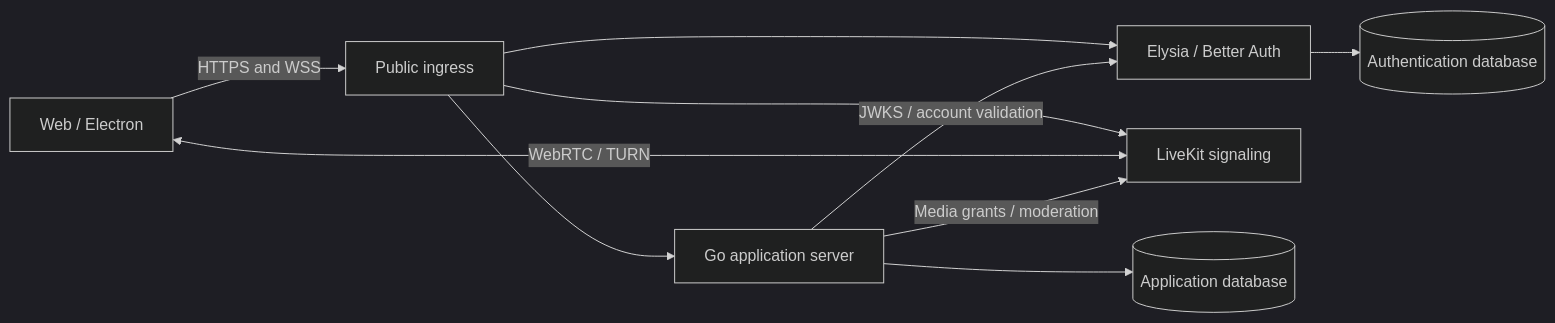
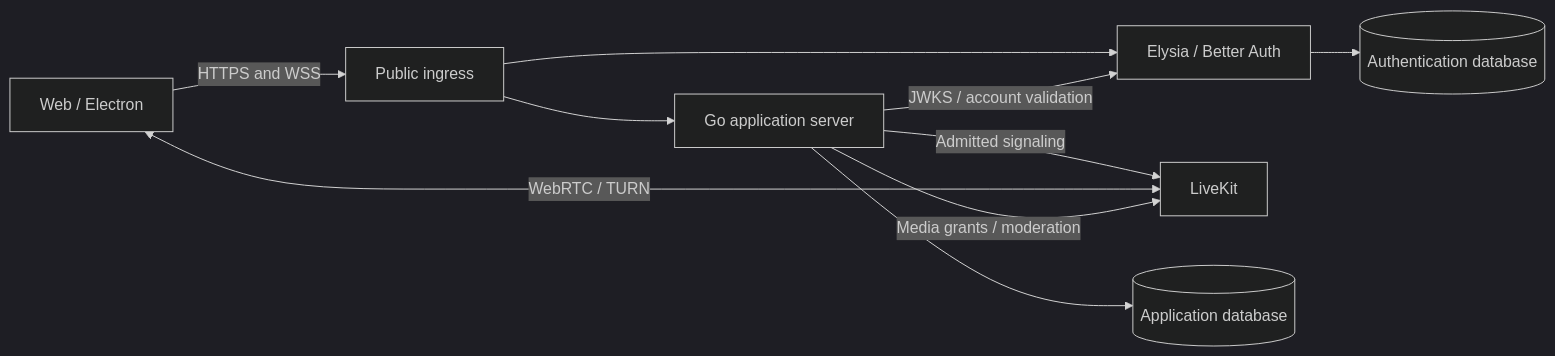
The diagram in docs/architecture.md (MrDeex1k/Yapper), drawn with Mermaid (dark theme) before and after one commit. The commit also changed 82 other files, not shown here.

````diff
--- a/docs/architecture.md
+++ b/docs/architecture.md
@@ -20,12 +20,12 @@
 ```mermaid
 flowchart LR
     W[Web / Electron] -->|HTTPS and WSS| P[Public ingress]
     P --> G[Go application server]
     P --> A[Elysia / Better Auth]
-    P --> L[LiveKit signaling]
+    G -->|Admitted signaling| L[LiveKit]
     W <-->|WebRTC / TURN| L
     G -->|JWKS / account validation| A
     G -->|Media grants / moderation| L
     G --> D[(Application database)]
     A --> E[(Authentication database)]
 ```
````
